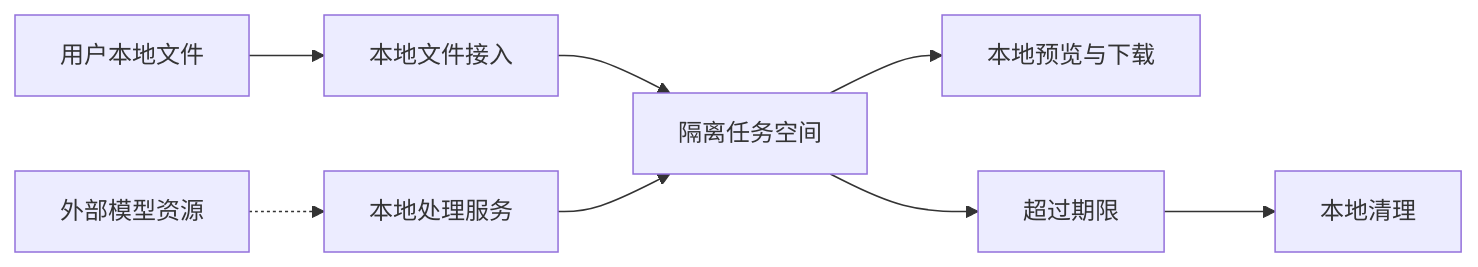
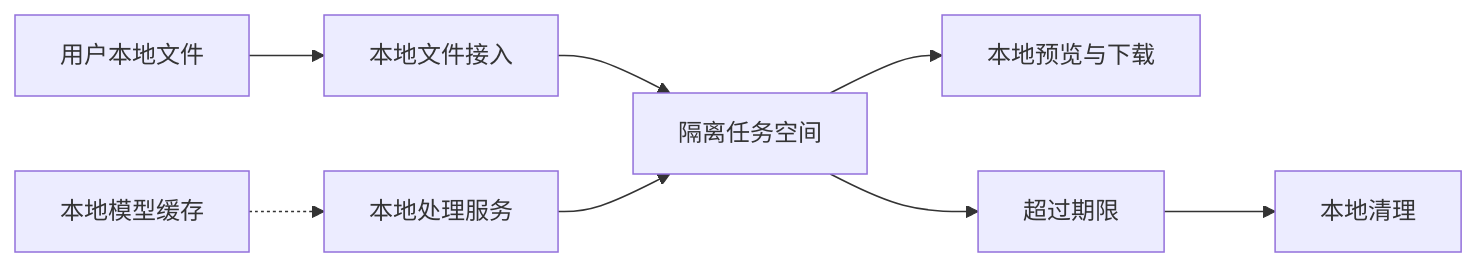
The sixth of 10 diagrams in doc/模块说明文档.md (ddll8023/tools), drawn with Mermaid before and after one commit. The commit also changed other lines of this file and 21 other files, not shown here.

````diff
--- a/doc/模块说明文档.md
+++ b/doc/模块说明文档.md
@@ -454,11 +466,11 @@
 ```mermaid
 flowchart LR
     LocalFile[用户本地文件] --> Intake[本地文件接入]
     Intake --> TaskSpace[隔离任务空间]
     TaskSpace --> Result[本地预览与下载]
     TaskSpace --> Expire[超过期限]
     Expire --> Cleanup[本地清理]
     Service[本地处理服务]
-    ModelSource[外部模型资源] -.-> Service
+    ModelCache[本地模型缓存] -.-> Service
     Service --> TaskSpace
 ```
````
